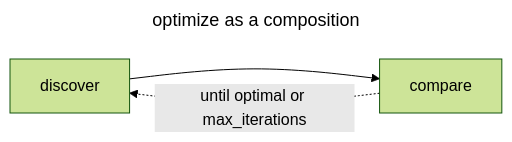
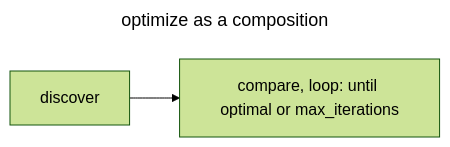
The third of 13 diagrams in docs/methodology/REJECTED_CANDIDATES.md (synaptiai/agent-capability-standard), drawn with Mermaid (forest theme) before and after one commit. The commit also changed other lines of this file and 4 other files, not shown here.

First line of the commit message:
docs: methodology diagrams match their lists

````diff
--- a/docs/methodology/REJECTED_CANDIDATES.md
+++ b/docs/methodology/REJECTED_CANDIDATES.md
@@ -117,9 +117,8 @@
 ```mermaid
 ---
 title: optimize as a composition
 ---
 flowchart LR
-  accDescr: optimize runs discover and then compare, and repeats until the result is optimal or the iteration limit is reached.
-  discover --> compare
-  compare -.->|"until optimal or max_iterations"| discover
+  accDescr: optimize runs discover and then compare, and the compare step loops until the result is optimal or max_iterations is reached.
+  discover --> compare["compare, loop: until optimal or max_iterations"]
 ```
````
